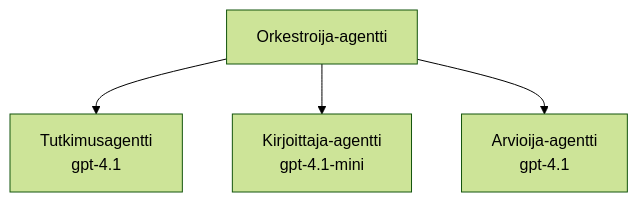
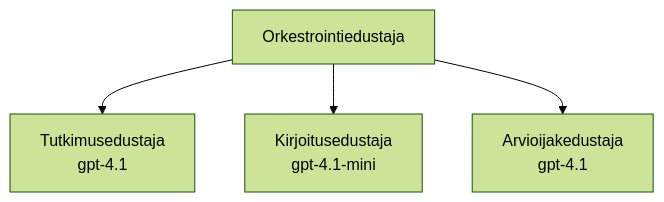
The third of 3 diagrams in translations/fi/docs/chapter-02-ai-development/agents.md (microsoft/AZD-for-beginners), drawn with Mermaid (forest theme) before and after one commit. The commit also changed other lines of this file and 61 other files, not shown here.

````diff
--- a/translations/fi/docs/chapter-02-ai-development/agents.md
+++ b/translations/fi/docs/chapter-02-ai-development/agents.md
@@ -201,6 +201,6 @@
 ```mermaid
 graph TD
-    Orchestrator[Orkestroija-agentti] --> Research[Tutkimusagentti<br/>gpt-4.1]
-    Orchestrator --> Writer[Kirjoittaja-agentti<br/>gpt-4.1-mini]
-    Orchestrator --> Reviewer[Arvioija-agentti<br/>gpt-4.1]
+    Orchestrator[Orkestrointiedustaja] --> Research[Tutkimusedustaja<br/>gpt-4.1]
+    Orchestrator --> Writer[Kirjoitusedustaja<br/>gpt-4.1-mini]
+    Orchestrator --> Reviewer[Arvioijakedustaja<br/>gpt-4.1]
 ```
````
